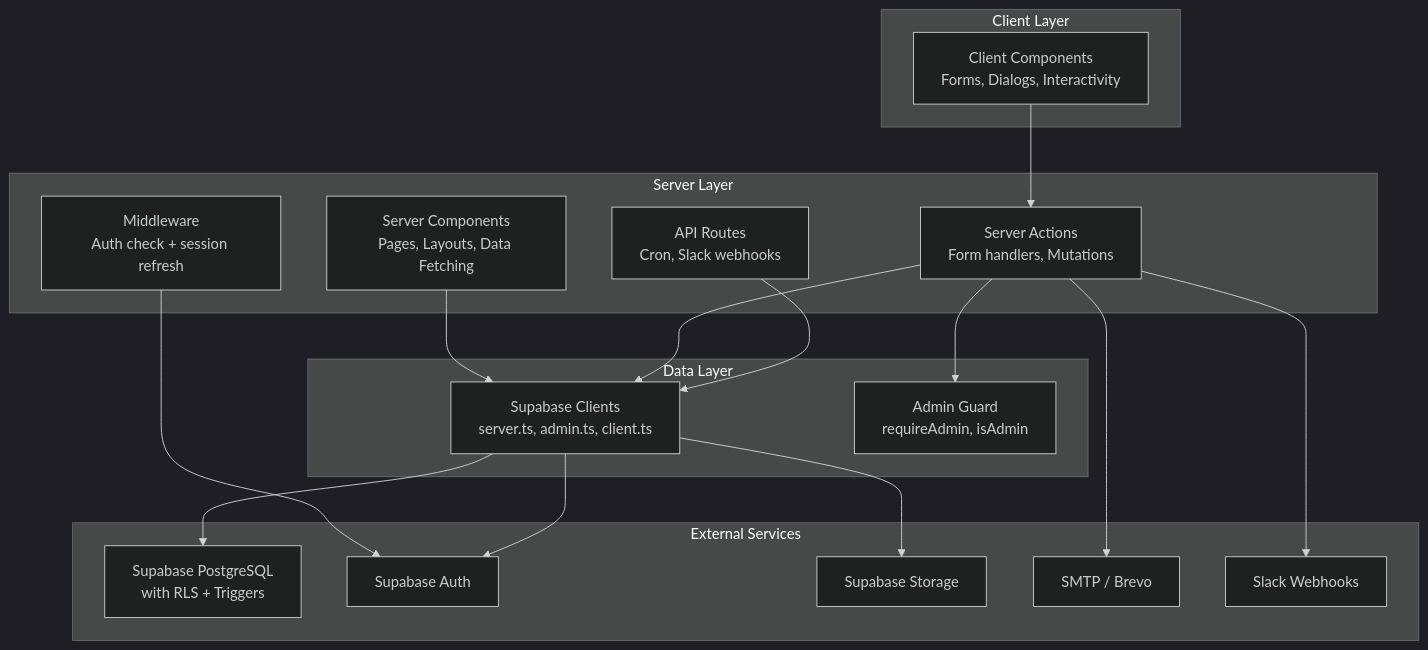
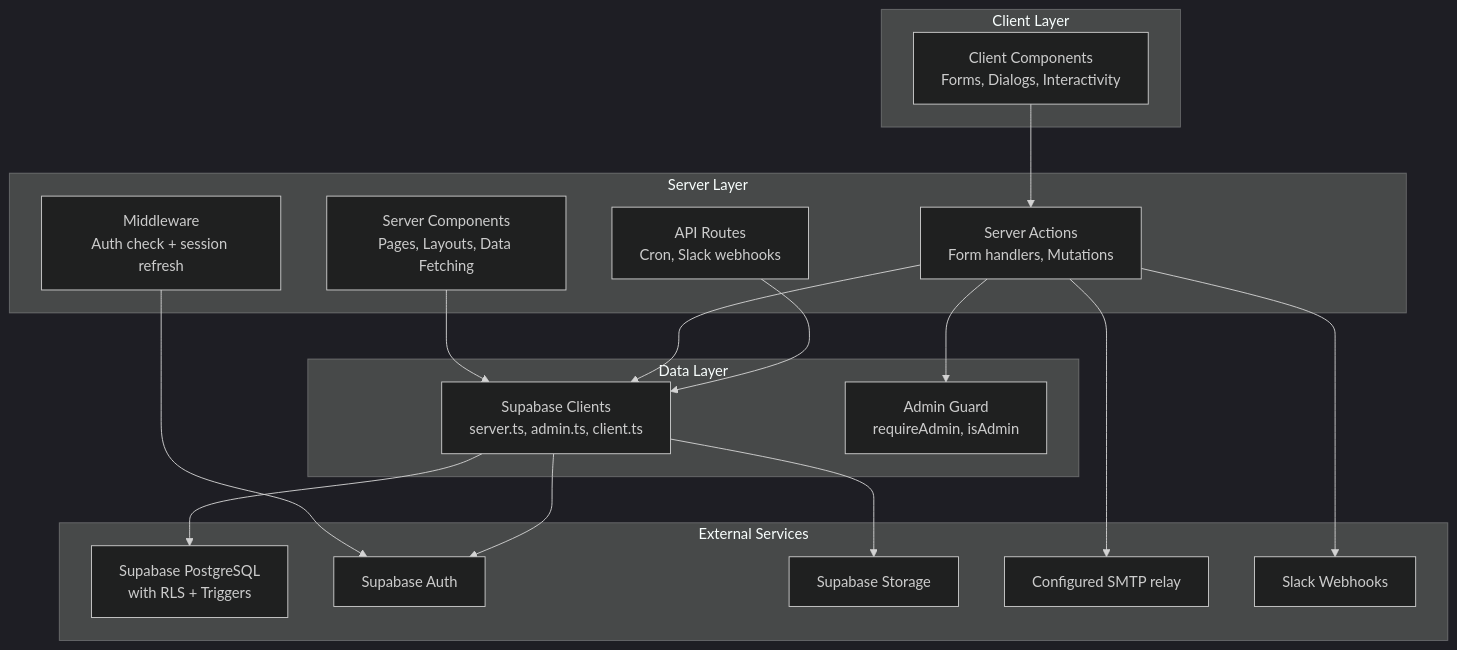
Before and after one commit to Sigep-Spartan-Games/spartan-games: the second of 4 diagrams in ai-docs/ARCHITECTURE.md, drawn with Mermaid (dark theme). The commit also changed other lines of this file and 17 other files, not shown here.

````diff
--- a/ai-docs/ARCHITECTURE.md
+++ b/ai-docs/ARCHITECTURE.md
@@ -50,38 +50,38 @@
 ```mermaid
 graph TB
     subgraph "Client Layer"
         ClientComponents[Client Components<br/>Forms, Dialogs, Interactivity]
     end
 
     subgraph "Server Layer"
         ServerComponents[Server Components<br/>Pages, Layouts, Data Fetching]
         ServerActions[Server Actions<br/>Form handlers, Mutations]
         APIRoutes[API Routes<br/>Cron, Slack webhooks]
         Middleware[Middleware<br/>Auth check + session refresh]
     end
 
     subgraph "Data Layer"
         SupabaseClient[Supabase Clients<br/>server.ts, admin.ts, client.ts]
         AdminGuard[Admin Guard<br/>requireAdmin, isAdmin]
     end
 
     subgraph "External Services"
         PostgreSQL[Supabase PostgreSQL<br/>with RLS + Triggers]
         Auth[Supabase Auth]
         Storage[Supabase Storage]
-        SMTP[SMTP / Brevo]
+        SMTP[Configured SMTP relay]
         SlackAPI[Slack Webhooks]
     end
 
     ClientComponents --> ServerActions
     ServerComponents --> SupabaseClient
     ServerActions --> AdminGuard
     ServerActions --> SupabaseClient
     APIRoutes --> SupabaseClient
     Middleware --> Auth
     SupabaseClient --> PostgreSQL
     SupabaseClient --> Auth
     SupabaseClient --> Storage
     ServerActions --> SMTP
     ServerActions --> SlackAPI
 ```
````
